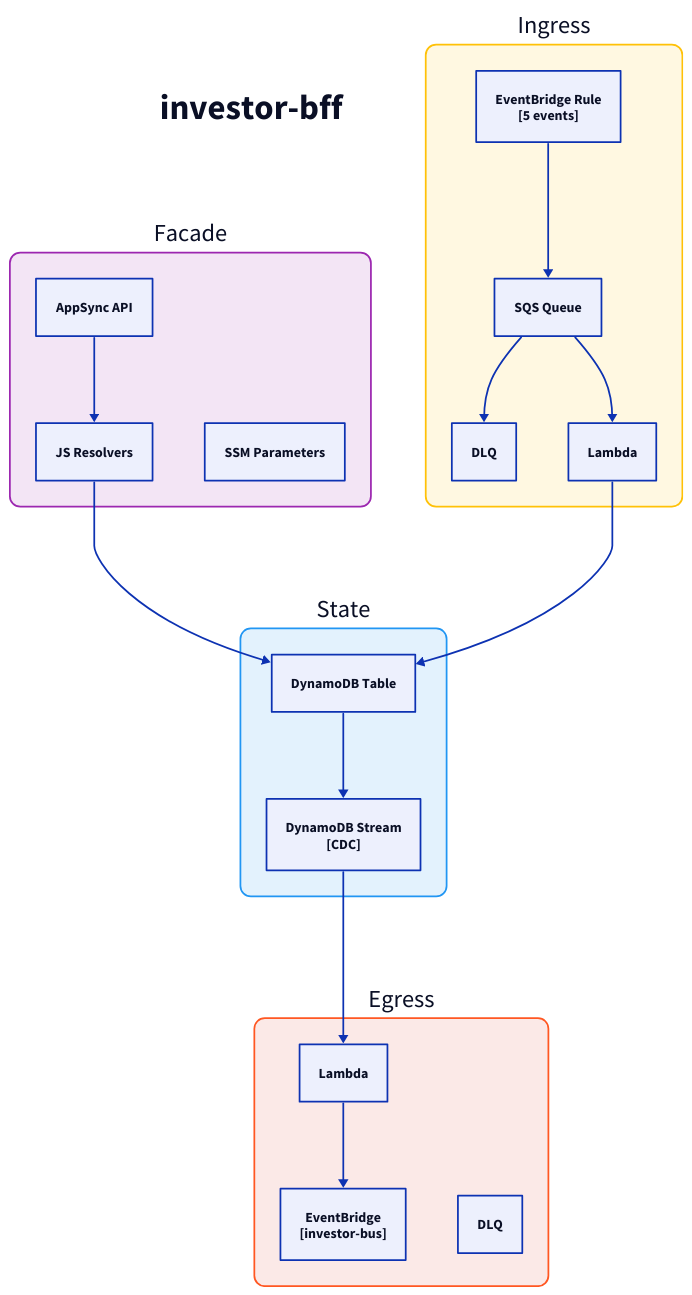
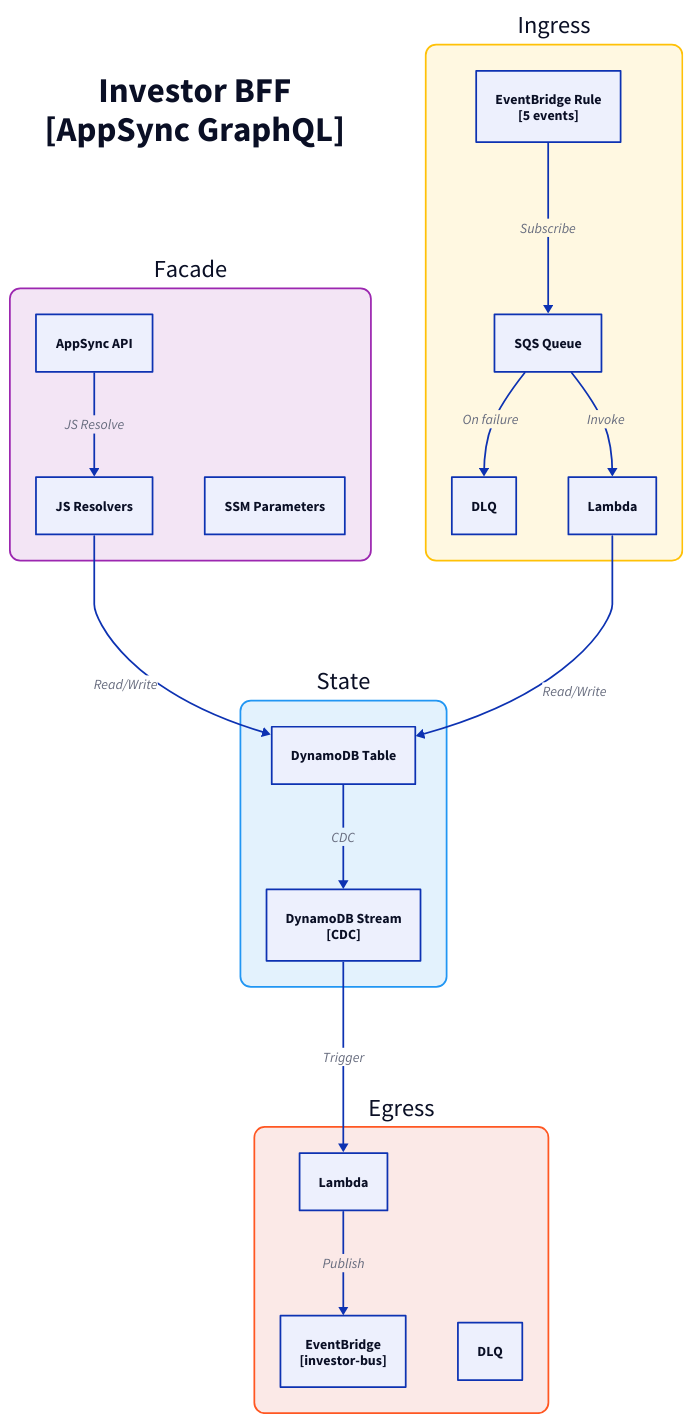
One commit to fabio-vitali/nestfolio changed the diagram in docs/architecture/c3/investor-bff.d2. Above: the diagram before and after it, drawn with D2. The commit also changed 71 other files, not shown here.

Commit message:
fix: regenerate C4 diagrams with semantic labels

```diff
--- a/docs/architecture/c3/investor-bff.d2
+++ b/docs/architecture/c3/investor-bff.d2
@@ -1,45 +1,46 @@
 direction: down
 
-title: "investor-bff" {
+title: "Investor BFF\n[AppSync GraphQL]" {
   style: { font-size: 40; bold: true; fill: transparent; stroke: transparent }
 }
 
 facade: "Facade" {
   style: { fill: "#F3E5F5"; stroke: "#9C27B0"; border-radius: 12; font-size: 28 }
   appsync: "AppSync API" { class: aws-appsync }
   resolvers: "JS Resolvers" { class: aws-lambda }
-  appsync -> resolvers
+  appsync -> resolvers: JS Resolve
   ssm: "SSM Parameters" { class: aws-ssm }
 }
 
 ingress: "Ingress" {
   style: { fill: "#FFF8E1"; stroke: "#FFC107"; border-radius: 12; font-size: 28 }
   rule: "EventBridge Rule\n[5 events]" { class: aws-eventbridge }
   sqs: "SQS Queue" { class: aws-sqs }
   dlq: "DLQ" { class: aws-dlq }
   handler: "Lambda" { class: aws-lambda }
 
-  rule -> sqs -> handler
-  sqs -> dlq
+  rule -> sqs: Subscribe
+  sqs -> handler: Invoke
+  sqs -> dlq: On failure
 }
 
 state: "State" {
   style: { fill: "#E3F2FD"; stroke: "#2196F3"; border-radius: 12; font-size: 28 }
   table: "DynamoDB Table" { class: aws-dynamodb }
   stream: "DynamoDB Stream\n[CDC]" { class: aws-ddb-stream }
-  table -> stream
+  table -> stream: CDC
 }
 
 egress: "Egress" {
   style: { fill: "#FBE9E7"; stroke: "#FF5722"; border-radius: 12; font-size: 28 }
   processor: "Lambda" { class: aws-lambda }
   bus: "EventBridge\n[investor-bus]" { class: aws-eventbridge }
   dlq: "DLQ" { class: aws-dlq }
 
-  processor -> bus
+  processor -> bus: Publish
 }
 
 # Flows
-facade.resolvers -> state.table
-ingress.handler -> state.table
-state.stream -> egress.processor
+facade.resolvers -> state.table: Read/Write
+ingress.handler -> state.table: Read/Write
+state.stream -> egress.processor: Trigger
```
